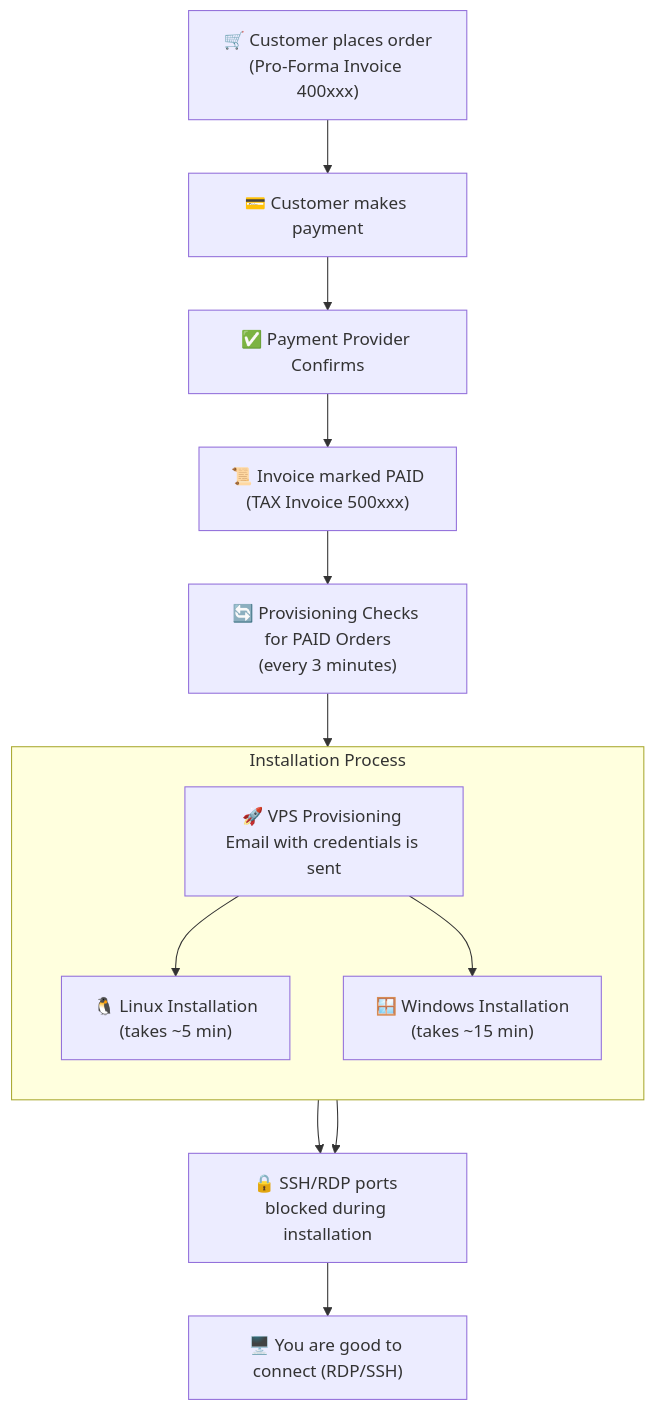
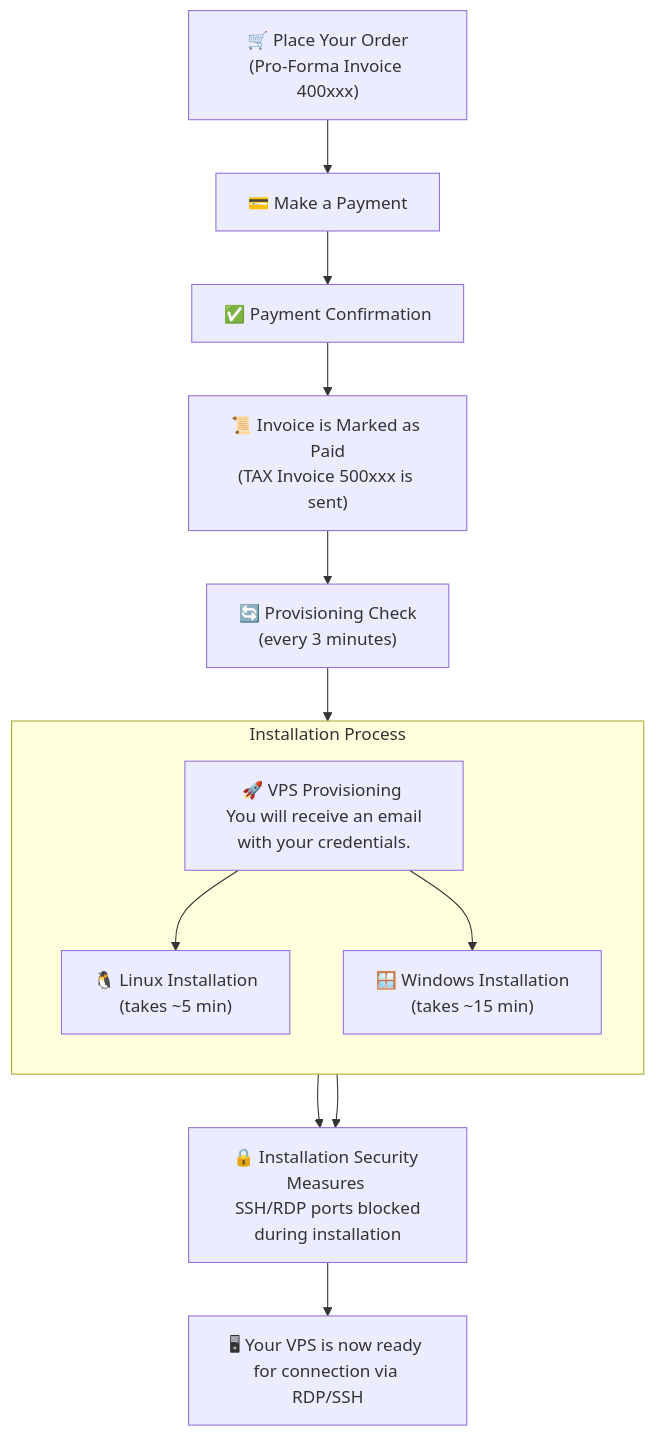
Before and after one commit to gExPl0ReR/docs: the diagram in faq/billing-lifecycle/how-fast-instant-delivery.mdx, drawn with Mermaid. The commit also changed 1 other file, not shown here.

Commit message:
adjusting billing flowchart

````diff
--- a/faq/billing-lifecycle/how-fast-instant-delivery.mdx
+++ b/faq/billing-lifecycle/how-fast-instant-delivery.mdx
@@ -29,17 +29,17 @@
 ```mermaid
 flowchart TD
-    A["🛒 Customer places order<br>(Pro-Forma Invoice 400xxx)"] --> B["💳 Customer makes payment"]
-    B --> C["✅ Payment Provider Confirms"]
-    C --> D["📜 Invoice marked PAID<br>(TAX Invoice 500xxx)"]
-    D --> E["🔄 Provisioning Checks for PAID Orders<br>(every 3 minutes)"]
-    E --> F["🚀 VPS Provisioning <br>Email with credentials is sent"]
+    A["🛒 Place Your Order<br>(Pro-Forma Invoice 400xxx)"] --> B["💳 Make a Payment"]
+    B --> C["✅ Payment Confirmation"]
+    C --> D["📜 Invoice is Marked as Paid<br>(TAX Invoice 500xxx is sent)"]
+    D --> E["🔄 Provisioning Check<br>(every 3 minutes)"]
+    E --> F["🚀 VPS Provisioning <br> You will receive an email with your credentials."]
 
     subgraph "🖥️ Installation Process" [Installation Process]
         direction TB
         F --> G["🐧 Linux Installation <br>(takes ~5 min)"]
         F --> H["🪟 Windows Installation <br> (takes ~15 min)"]
     end
 
-    G & H --> I["🔒 SSH/RDP ports blocked during installation"]
-    I --> J["🖥️ You are good to connect (RDP/SSH)"]
+    G & H --> I["🔒 Installation Security Measures <br> SSH/RDP ports blocked during installation"]
+    I --> J["🖥 Your VPS is now ready for connection via RDP/SSH"]
 ```
````
